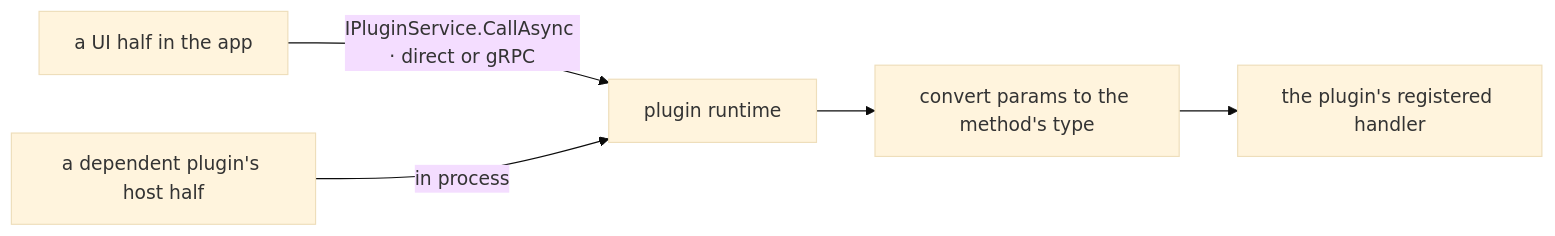
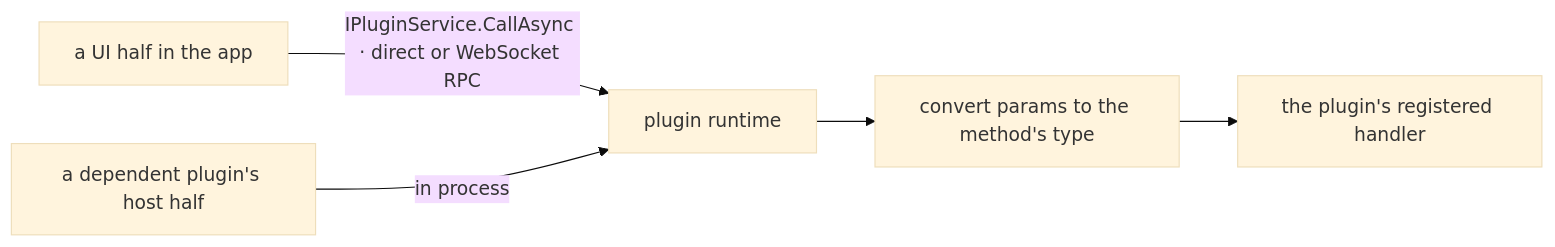
Before and after one commit to CommanderTvis/sharprail: the eighth of 8 diagrams in src/SharpRail.Plugins.Api/SPEC.md, drawn with Mermaid (base theme). The commit also changed other lines of this file and 194 other files, not shown here.

Commit message:
Add browser client and shared WebSocket host transport

````diff
--- a/src/SharpRail.Plugins.Api/SPEC.md
+++ b/src/SharpRail.Plugins.Api/SPEC.md
@@ -635,7 +635,7 @@
 ```mermaid
 flowchart LR
-    B["a UI half in the app"] -->|"IPluginService.CallAsync · direct or gRPC"| REG
+    B["a UI half in the app"] -->|"IPluginService.CallAsync · direct or WebSocket RPC"| REG
     D["a dependent plugin's host half"] -->|"in process"| REG["plugin runtime"]
     REG --> V["convert params to the method's type"]
     V --> H["the plugin's registered handler"]
 ```
````
